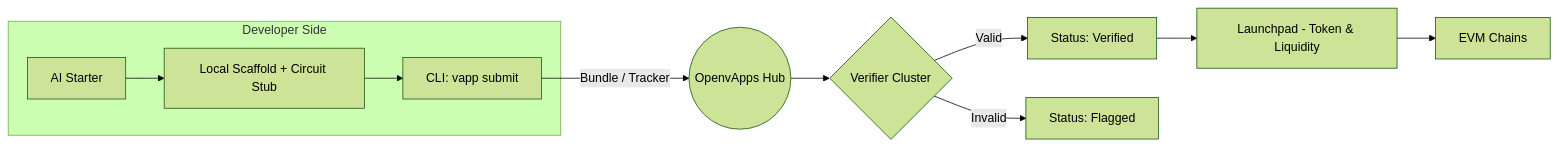
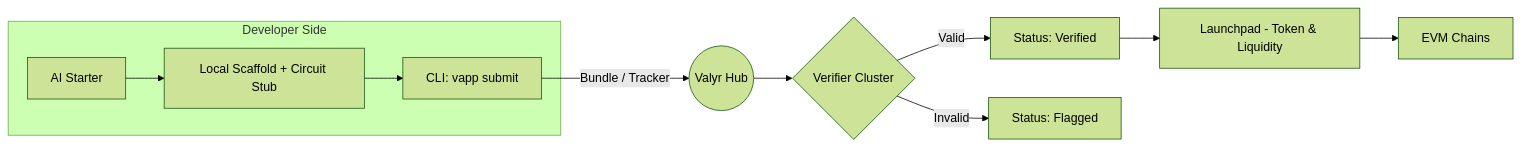
The diagram in README.md (valyrxyz/valyr-hub), drawn with Mermaid (forest theme) before and after one commit. The commit also changed other lines of this file and 46 other files, not shown here.

````diff
--- a/README.md
+++ b/README.md
@@ -22,14 +22,14 @@
 ```mermaid
 flowchart LR
     subgraph Developer Side
         A[AI Starter] --> B[Local Scaffold + Circuit Stub]
         B --> C[CLI: vapp submit]
     end
     
-    C -->|Bundle / Tracker| D((OpenvApps Hub))
+    C -->|Bundle / Tracker| D((Valyr Hub))
     D --> E{Verifier Cluster}
     E -->|Valid| F[Status: Verified]
     E -->|Invalid| G[Status: Flagged]
     F --> H[Launchpad - Token & Liquidity]
     H --> I[EVM Chains]
 ```
````
